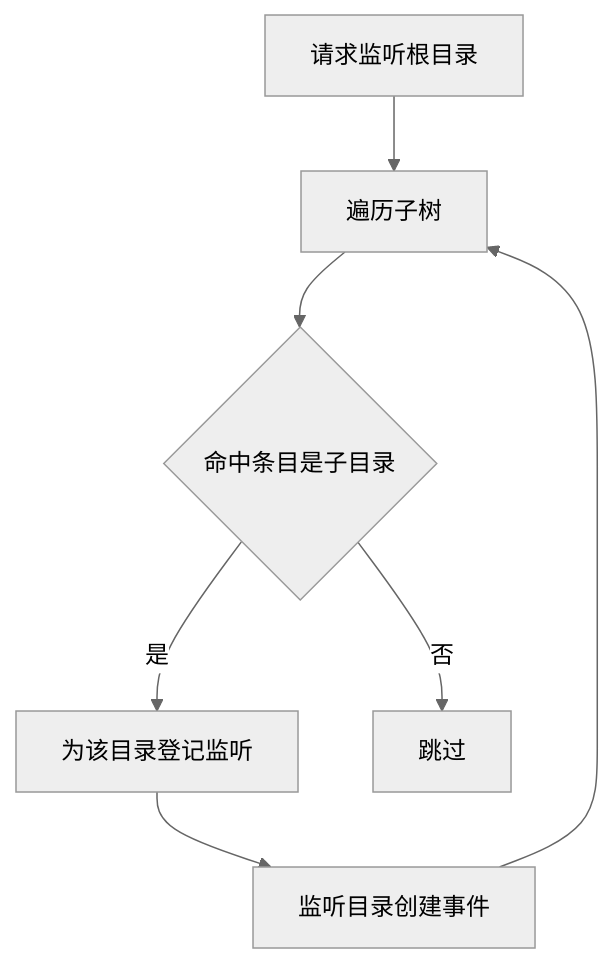
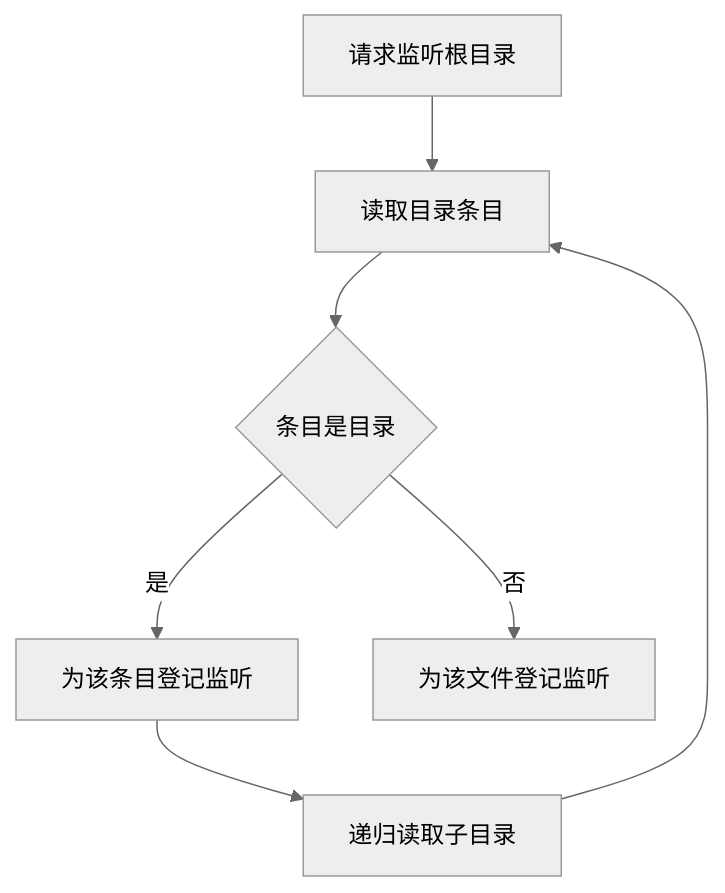
The diagram in vault/工程知识/缺陷分析：从个案到体系/资源与容量/文件监视器数量失控：递归监听与上限裁剪.md (hub138/technical-knowledge), drawn with Mermaid (neutral theme) before and after one commit. The commit also changed other lines of this file and 36 other files, not shown here.

````diff
--- a/vault/工程知识/缺陷分析：从个案到体系/资源与容量/文件监视器数量失控：递归监听与上限裁剪.md
+++ b/vault/工程知识/缺陷分析：从个案到体系/资源与容量/文件监视器数量失控：递归监听与上限裁剪.md
@@ -35,9 +35,9 @@
 ```mermaid
 flowchart TD
-  A[请求监听根目录] --> B[遍历子树]
-  B --> C{命中条目是子目录}
-  C -->|是| D[为该目录登记监听]
-  D --> E[监听目录创建事件]
+  A[请求监听根目录] --> B[读取目录条目]
+  B --> C{条目是目录}
+  C -->|是| D[为该条目登记监听]
+  D --> E[递归读取子目录]
   E --> B
-  C -->|否| F[跳过]
+  C -->|否| F[为该文件登记监听]
 ```
````
